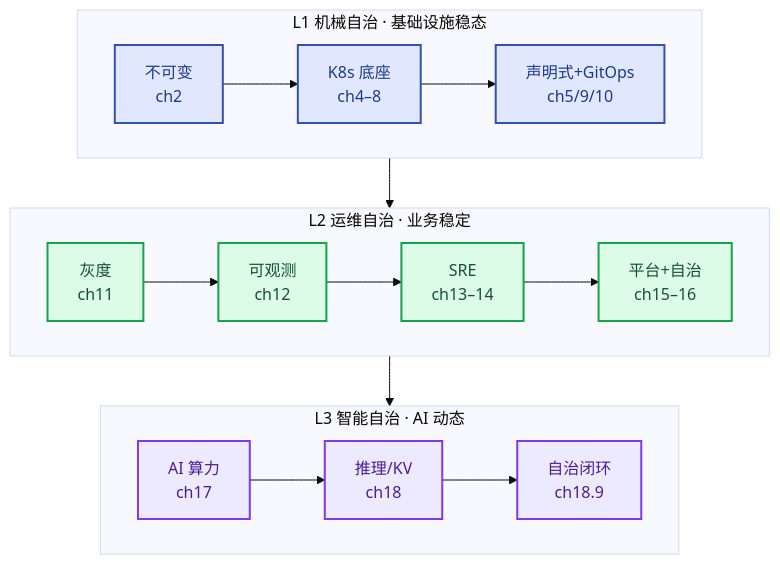
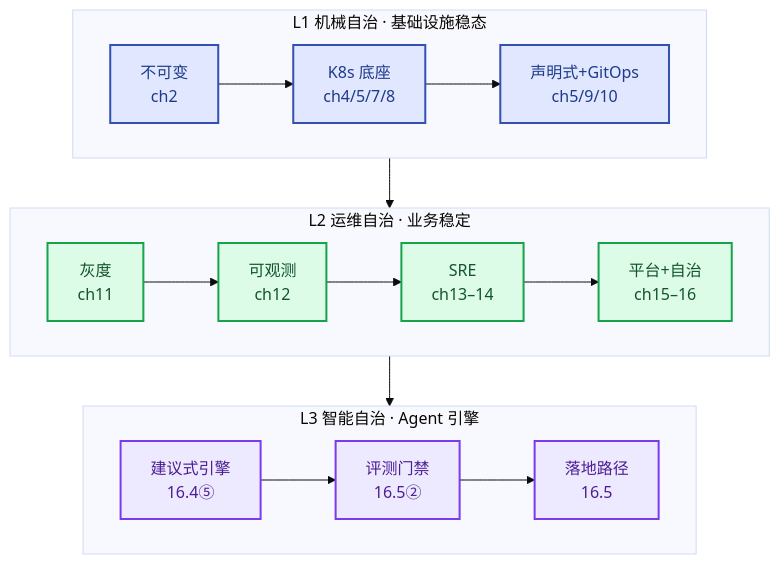
The diagram in docs/README.md (jackiesre721/ai-native-ops), drawn with Mermaid (base theme) before and after one commit. The commit also changed other lines of this file and 26 other files, not shown here.

````diff
--- a/docs/README.md
+++ b/docs/README.md
@@ -67,23 +91,23 @@
 ```mermaid
 flowchart TB
     subgraph L1["L1 机械自治 · 基础设施稳态"]
       direction LR
-      A1["不可变<br/>ch2"] --> A2["K8s 底座<br/>ch4–8"] --> A3["声明式+GitOps<br/>ch5/9/10"]
+      A1["不可变<br/>ch2"] --> A2["K8s 底座<br/>ch4/5/7/8"] --> A3["声明式+GitOps<br/>ch5/9/10"]
     end
     subgraph L2["L2 运维自治 · 业务稳定"]
       direction LR
       B1["灰度<br/>ch11"] --> B2["可观测<br/>ch12"] --> B3["SRE<br/>ch13–14"] --> B4["平台+自治<br/>ch15–16"]
     end
-    subgraph L3["L3 智能自治 · AI 动态"]
+    subgraph L3["L3 智能自治 · Agent 引擎"]
       direction LR
-      C1["AI 算力<br/>ch17"] --> C2["推理/KV<br/>ch18"] --> C3["自治闭环<br/>ch18.9"]
+      C1["建议式引擎<br/>16.4⑤"] --> C2["评测门禁<br/>16.5②"] --> C3["落地路径<br/>16.5"]
     end
     A3 --> B1
     B4 --> C1
     classDef l1 fill:#e0e7ff,stroke:#3451b2,color:#1e3a8a,stroke-width:2px
     classDef l2 fill:#dcfce7,stroke:#16a34a,color:#14532d,stroke-width:2px
     classDef l3 fill:#ede9fe,stroke:#7c3aed,color:#4c1d95,stroke-width:2px
     class A1,A2,A3 l1
     class B1,B2,B3,B4 l2
     class C1,C2,C3 l3
 ```
````
